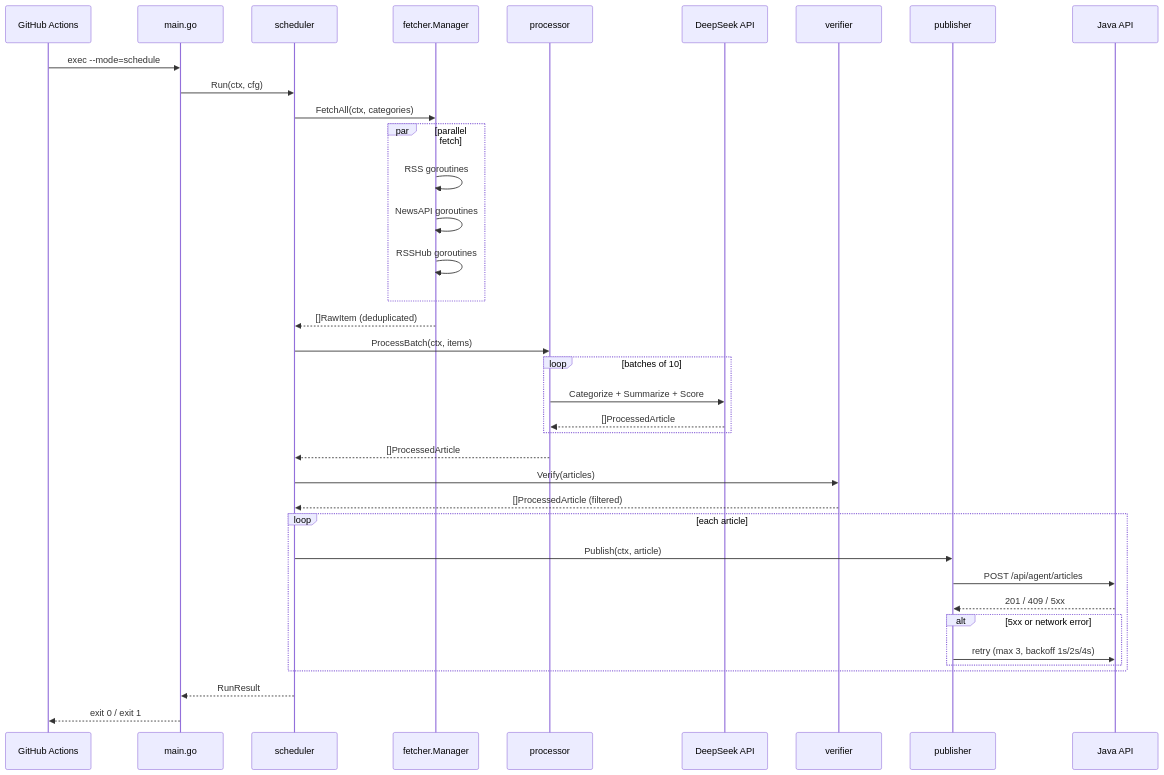
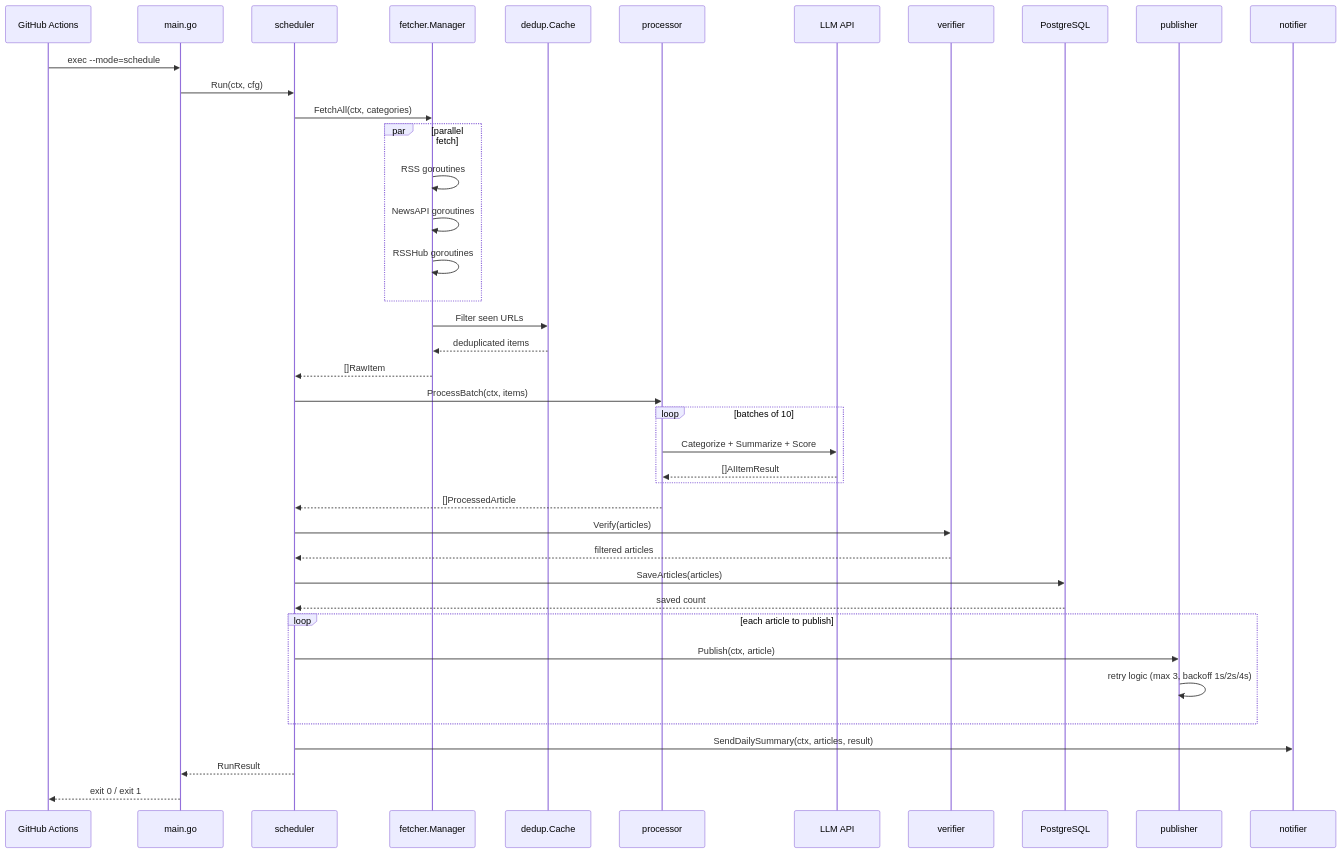
The second of 4 diagrams in docs/02-DESIGN.md (NanluQingshi/daily-info-agent), drawn with Mermaid before and after one commit. The commit also changed other lines of this file, not shown here.

First line of the commit message:
docs(design): rewrite 02-DESIGN.md to v2.0 reflecting current architecture

````diff
--- a/docs/02-DESIGN.md
+++ b/docs/02-DESIGN.md
@@ -75,40 +109,43 @@
 ```mermaid
 sequenceDiagram
     participant GHA as GitHub Actions
     participant Main as main.go
     participant Sched as scheduler
     participant Mgr as fetcher.Manager
+    participant Dedup as dedup.Cache
     participant Proc as processor
-    participant DS as DeepSeek API
+    participant LLM as LLM API
     participant Ver as verifier
+    participant DB as PostgreSQL
     participant Pub as publisher
-    participant Java as Java API
+    participant Notif as notifier
 
     GHA->>Main: exec --mode=schedule
     Main->>Sched: Run(ctx, cfg)
     Sched->>Mgr: FetchAll(ctx, categories)
     par parallel fetch
         Mgr->>Mgr: RSS goroutines
         Mgr->>Mgr: NewsAPI goroutines
         Mgr->>Mgr: RSSHub goroutines
     end
-    Mgr-->>Sched: []RawItem (deduplicated)
+    Mgr->>Dedup: Filter seen URLs
+    Dedup-->>Mgr: deduplicated items
+    Mgr-->>Sched: []RawItem
     Sched->>Proc: ProcessBatch(ctx, items)
     loop batches of 10
-        Proc->>DS: Categorize + Summarize + Score
-        DS-->>Proc: []ProcessedArticle
+        Proc->>LLM: Categorize + Summarize + Score
+        LLM-->>Proc: []AIItemResult
     end
     Proc-->>Sched: []ProcessedArticle
     Sched->>Ver: Verify(articles)
-    Ver-->>Sched: []ProcessedArticle (filtered)
-    loop each article
+    Ver-->>Sched: filtered articles
+    Sched->>DB: SaveArticles(articles)
+    DB-->>Sched: saved count
+    loop each article to publish
         Sched->>Pub: Publish(ctx, article)
-        Pub->>Java: POST /api/agent/articles
-        Java-->>Pub: 201 / 409 / 5xx
-        alt 5xx or network error
-            Pub->>Java: retry (max 3, backoff 1s/2s/4s)
-        end
+        Pub->>Pub: retry logic (max 3, backoff 1s/2s/4s)
     end
+    Sched->>Notif: SendDailySummary(ctx, articles, result)
     Sched-->>Main: RunResult
     Main-->>GHA: exit 0 / exit 1
 ```
````
